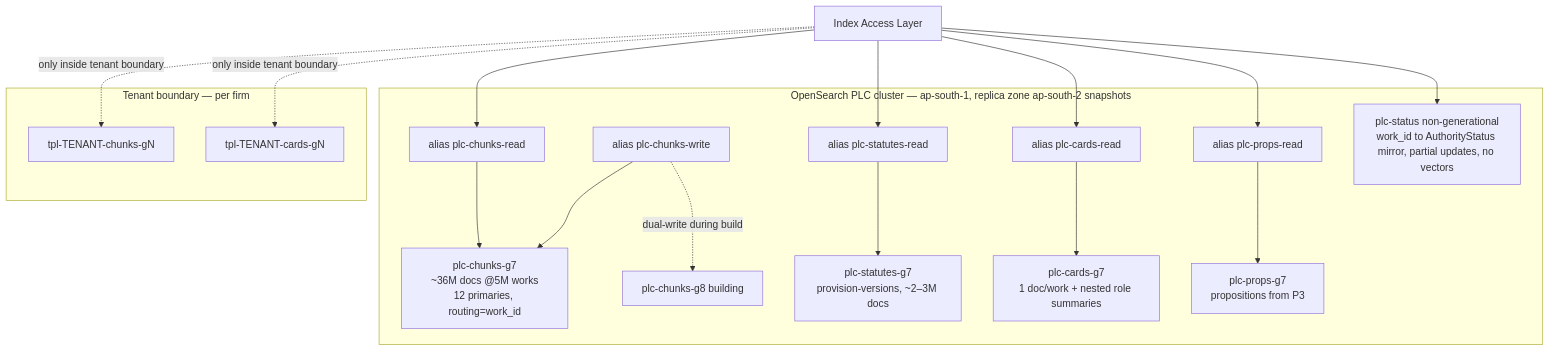
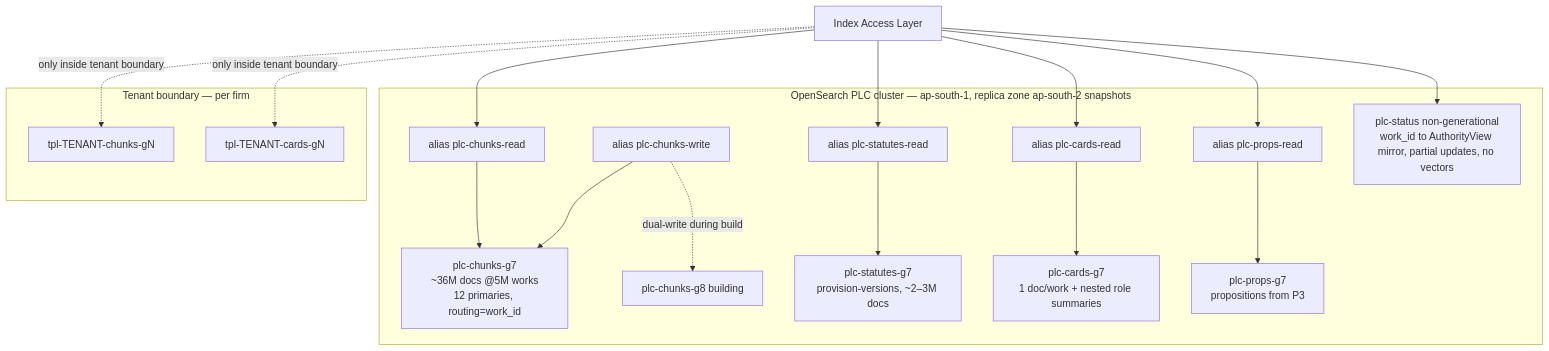
Before and after one commit to arukh281/legal: the second of 2 diagrams in docs/04_P2_enrichment_indexing.md, drawn with Mermaid. The commit also changed other lines of this file and 17 other files, not shown here.

````diff
--- a/docs/04_P2_enrichment_indexing.md
+++ b/docs/04_P2_enrichment_indexing.md
@@ -649,17 +732,17 @@
 ```mermaid
 flowchart TB
   subgraph PLC_Cluster[OpenSearch PLC cluster — ap-south-1, replica zone ap-south-2 snapshots]
     A1[alias plc-chunks-read] --> C7[plc-chunks-g7<br/>~36M docs @5M works<br/>12 primaries, routing=work_id]
     A1w[alias plc-chunks-write] --> C7
     A1w -. dual-write during build .-> C8[plc-chunks-g8 building]
     A2[alias plc-statutes-read] --> S7[plc-statutes-g7<br/>provision-versions, ~2–3M docs]
     A3[alias plc-cards-read] --> K7[plc-cards-g7<br/>1 doc/work + nested role summaries]
     A4[alias plc-props-read] --> R7[plc-props-g7<br/>propositions from P3]
-    ST[plc-status non-generational<br/>work_id to AuthorityStatus mirror, partial updates, no vectors]
+    ST[plc-status non-generational<br/>work_id to AuthorityView mirror, partial updates, no vectors]
   end
   subgraph TPL[Tenant boundary — per firm]
     T1["tpl-TENANT-chunks-gN"] ; T2["tpl-TENANT-cards-gN"]
   end
   IAL[Index Access Layer] --> A1 & A2 & A3 & A4 & ST
   IAL -. only inside tenant boundary .-> T1 & T2
 ```
````
